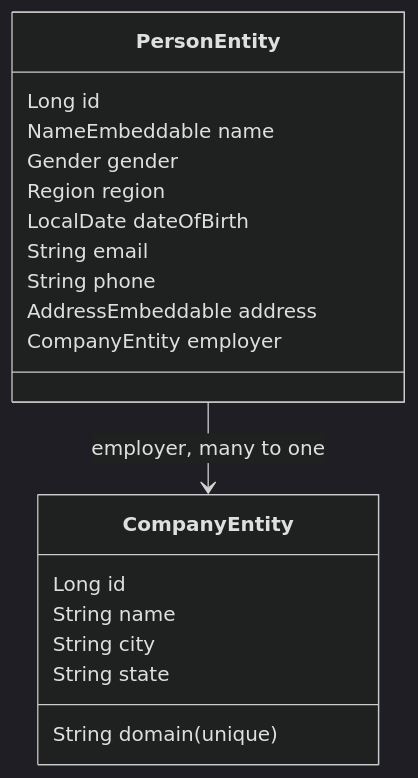
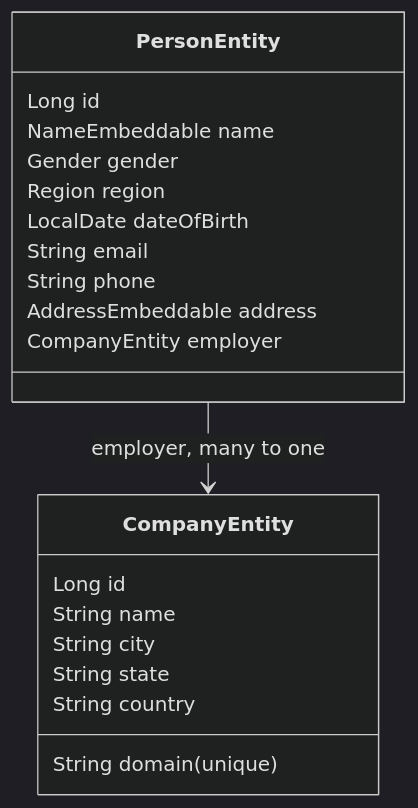
The diagram in README.md (tauasa/faux-person-jpa), drawn with Mermaid (dark theme) before and after one commit. The commit also changed other lines of this file and 5 other files, not shown here.

````diff
--- a/README.md
+++ b/README.md
@@ -48,22 +48,23 @@
 ```mermaid
 classDiagram
     class PersonEntity {
         Long id
         NameEmbeddable name
         Gender gender
         Region region
         LocalDate dateOfBirth
         String email
         String phone
         AddressEmbeddable address
         CompanyEntity employer
     }
     class CompanyEntity {
         Long id
         String name
         String city
         String state
+        String country
         String domain (unique)
     }
     PersonEntity --> CompanyEntity : employer, many to one
 ```
````
